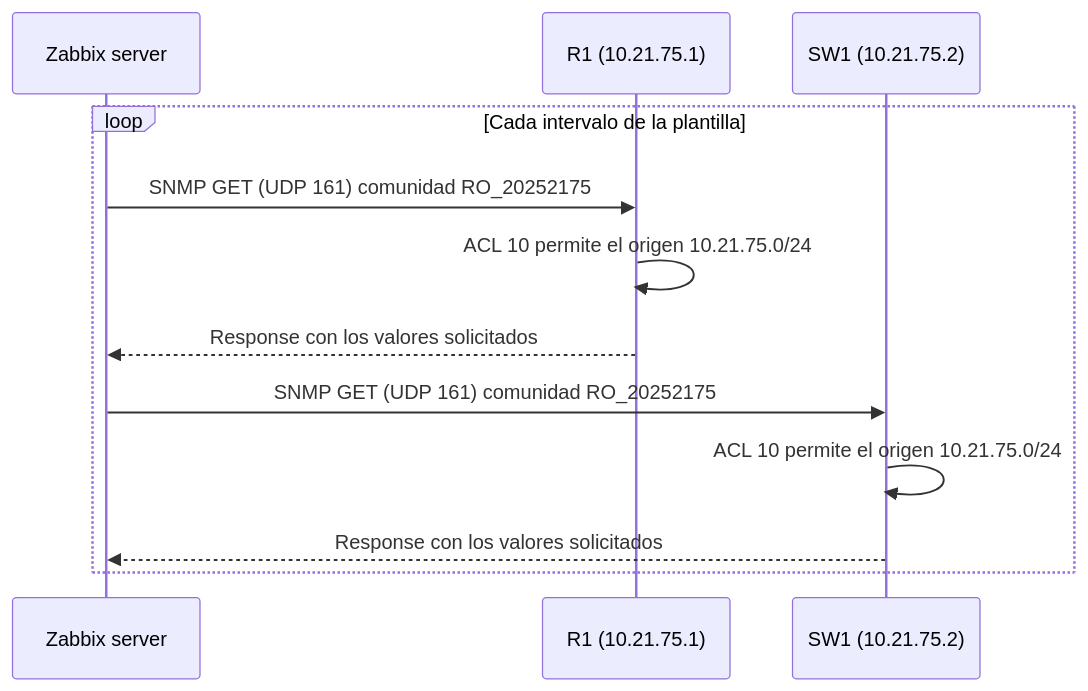
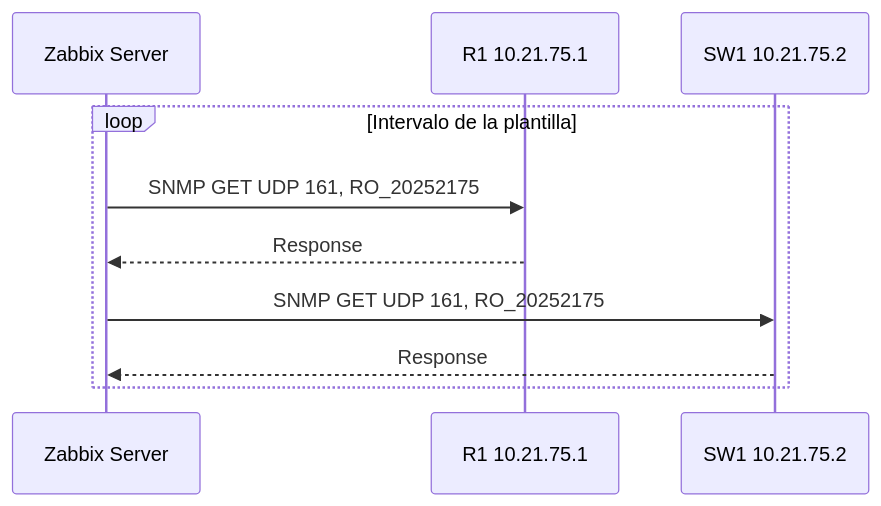
The third of 4 diagrams in docs/01-arquitectura.md (fredcastillo/Zabbix-SNMP-Network-Monitoring-Lab), drawn with Mermaid before and after one commit. The commit also changed other lines of this file and 20 other files, not shown here.

````diff
--- a/docs/01-arquitectura.md
+++ b/docs/01-arquitectura.md
@@ -63,14 +61,12 @@
 ```mermaid
 sequenceDiagram
-    participant Z as Zabbix server
-    participant R as R1 (10.21.75.1)
-    participant S as SW1 (10.21.75.2)
-    loop Cada intervalo de la plantilla
-        Z->>R: SNMP GET (UDP 161) comunidad RO_20252175
-        R->>R: ACL 10 permite el origen 10.21.75.0/24
-        R-->>Z: Response con los valores solicitados
-        Z->>S: SNMP GET (UDP 161) comunidad RO_20252175
-        S->>S: ACL 10 permite el origen 10.21.75.0/24
-        S-->>Z: Response con los valores solicitados
+    participant Z as Zabbix Server
+    participant R as R1 10.21.75.1
+    participant S as SW1 10.21.75.2
+    loop Intervalo de la plantilla
+        Z->>R: SNMP GET UDP 161, RO_20252175
+        R-->>Z: Response
+        Z->>S: SNMP GET UDP 161, RO_20252175
+        S-->>Z: Response
     end
 ```
````
